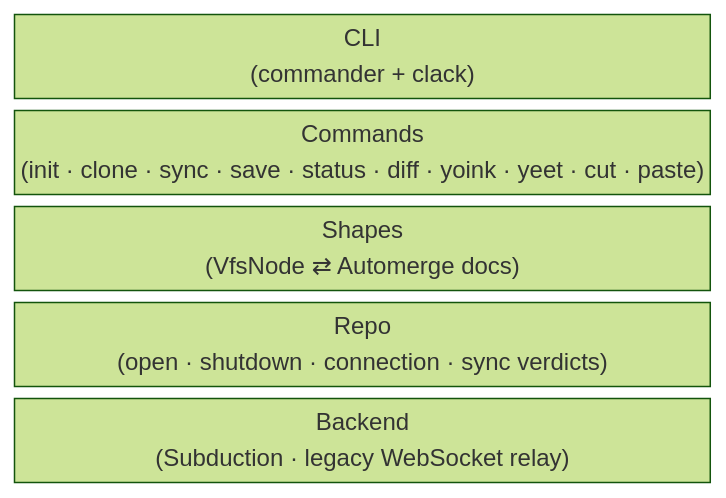
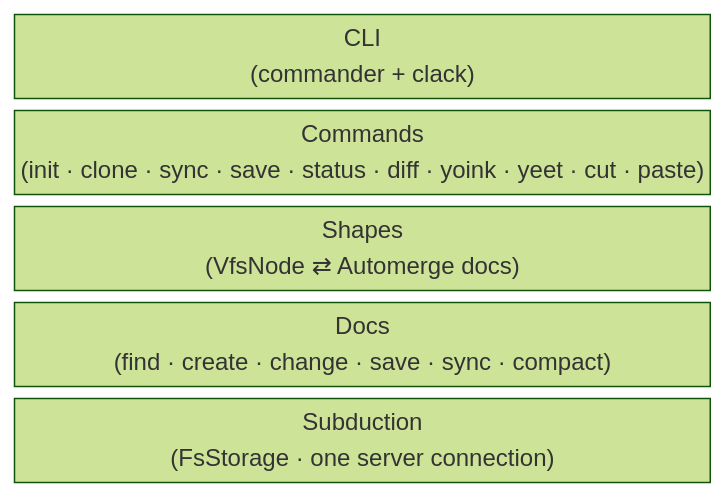
Before and after one commit to inkandswitch/pushwork: the diagram in design/README.md, drawn with Mermaid (forest theme). The commit also changed other lines of this file and 60 other files, not shown here.

````diff
--- a/design/README.md
+++ b/design/README.md
@@ -17,9 +17,9 @@
 ```mermaid
 block-beta
     columns 1
     CLI["CLI<br/>(commander + clack)"]
     Commands["Commands<br/>(init · clone · sync · save · status · diff · yoink · yeet · cut · paste)"]
     Shapes["Shapes<br/>(VfsNode ⇄ Automerge docs)"]
-    Repo["Repo<br/>(open · shutdown · connection · sync verdicts)"]
-    Backend["Backend<br/>(Subduction · legacy WebSocket relay)"]
+    Docs["Docs<br/>(find · create · change · save · sync · compact)"]
+    Subduction["Subduction<br/>(FsStorage · one server connection)"]
 ```
````
